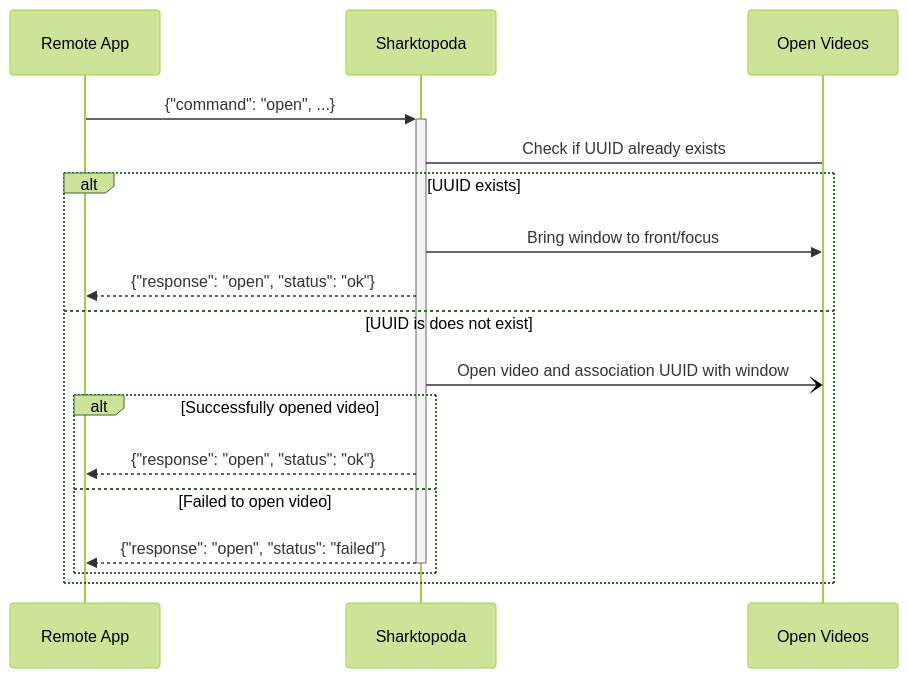
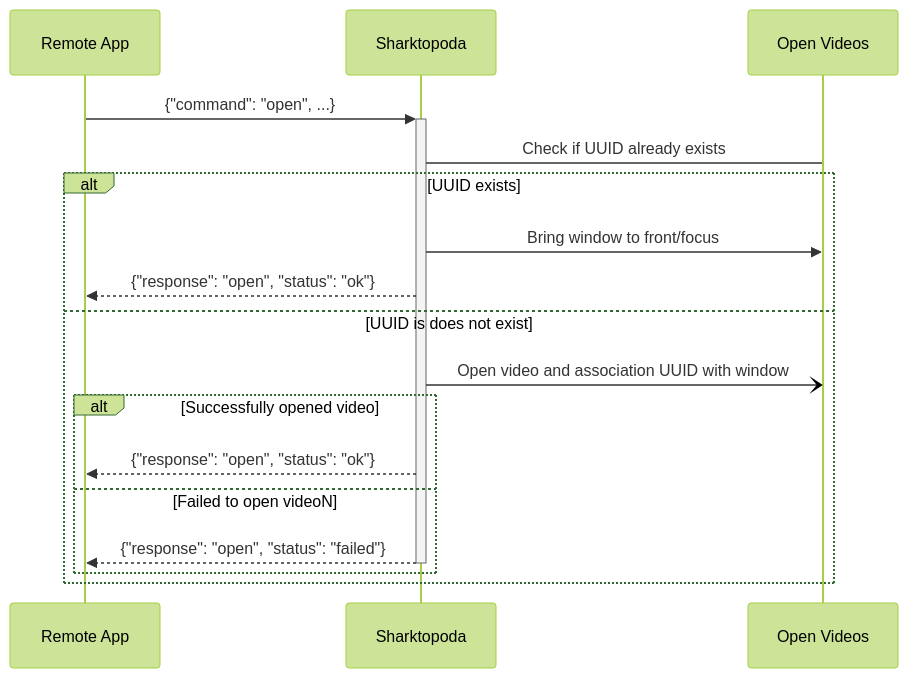
The fourth of 5 diagrams in docs/requirements/Sharktopoda 2/UDP_Remote_Protocol.md (mbari-org/Sharktopoda1), drawn with Mermaid (forest theme) before and after one commit. The commit also changed other lines of this file and 1 other file, not shown here.

Commit message:
Updating UI docs

````diff
--- a/docs/requirements/Sharktopoda 2/UDP_Remote_Protocol.md
+++ b/docs/requirements/Sharktopoda 2/UDP_Remote_Protocol.md
@@ -134,20 +134,20 @@
 ```mermaid
 sequenceDiagram
     participant R as Remote App
     participant S as Sharktopoda
     participant V as Open Videos
 
     R->>+S: {"command": "open", ...}
     S->V: Check if UUID already exists
     alt UUID exists
       S->>V: Bring window to front/focus
       S-->>R: {"response": "open", "status": "ok"} 
     else UUID is does not exist
       S-)V: Open video and association UUID with window
       alt Successfully opened video
         S-->>R: {"response": "open", "status": "ok"} 
-      else Failed to open video
+      else Failed to open videoN
         S-->>-R: {"response": "open", "status": "failed"} 
       end
     end
 ```
````
